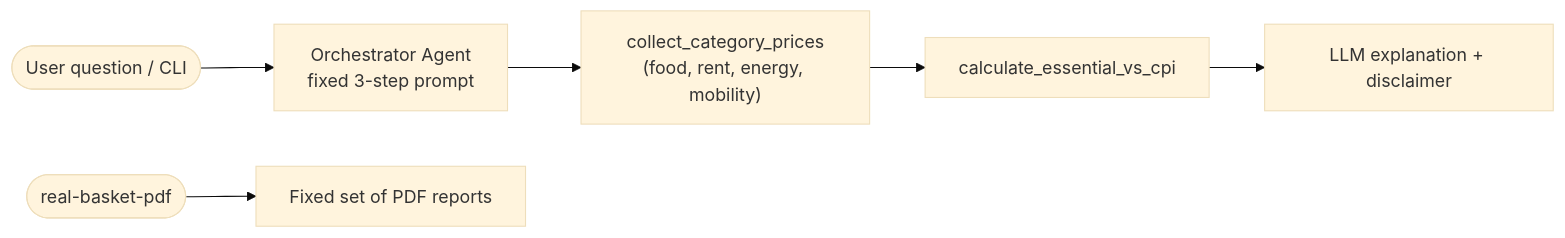
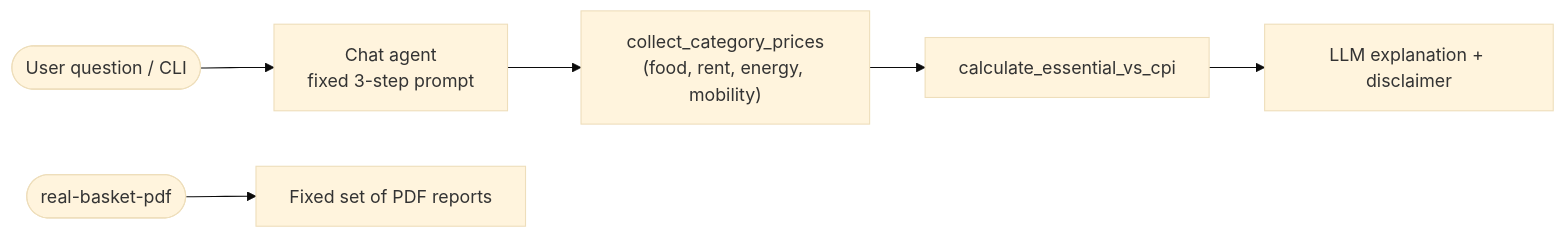
One commit to ValentinIliu1212/real-basket changed the second of 2 diagrams in docs/process-redesign.md. Above: the diagram before and after it, drawn with Mermaid (base theme). The commit also changed other lines of this file, not shown here.

Commit message:
docs: align process-redesign.md with the implemented monitoring flow

````diff
--- a/docs/process-redesign.md
+++ b/docs/process-redesign.md
@@ -10,8 +193,8 @@
 ```mermaid
 flowchart LR
-    U(["User question / CLI"]) --> O["Orchestrator Agent<br/>fixed 3-step prompt"]
+    U(["User question / CLI"]) --> O["Chat agent<br/>fixed 3-step prompt"]
     O --> T1["collect_category_prices<br/>(food, rent, energy, mobility)"]
     T1 --> T2["calculate_essential_vs_cpi"]
     T2 --> T3["LLM explanation + disclaimer"]
     S(["real-basket-pdf"]) --> PDF["Fixed set of PDF reports"]
 ```
````
